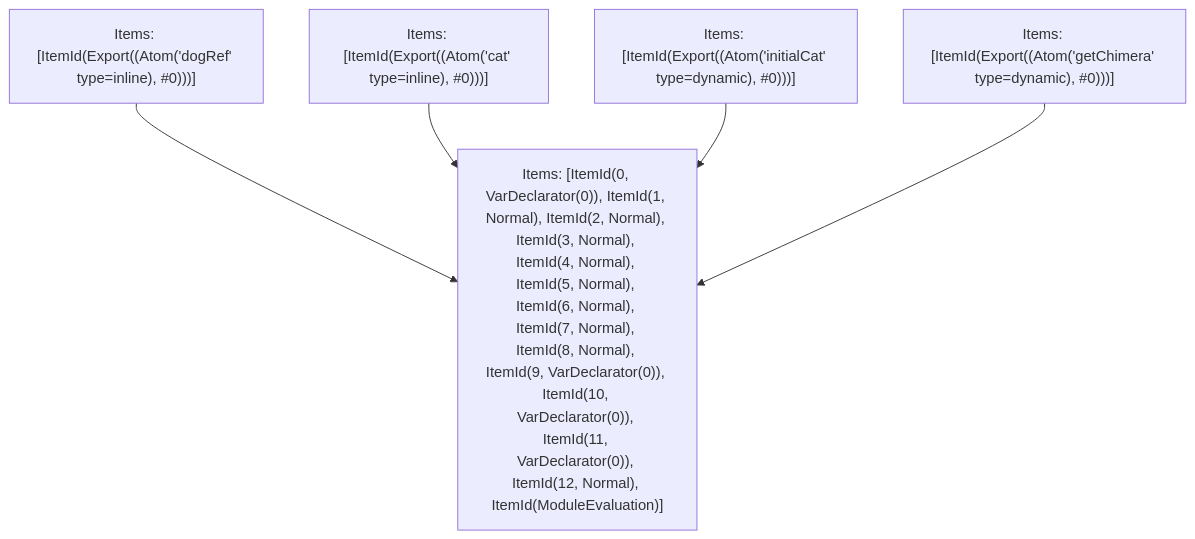
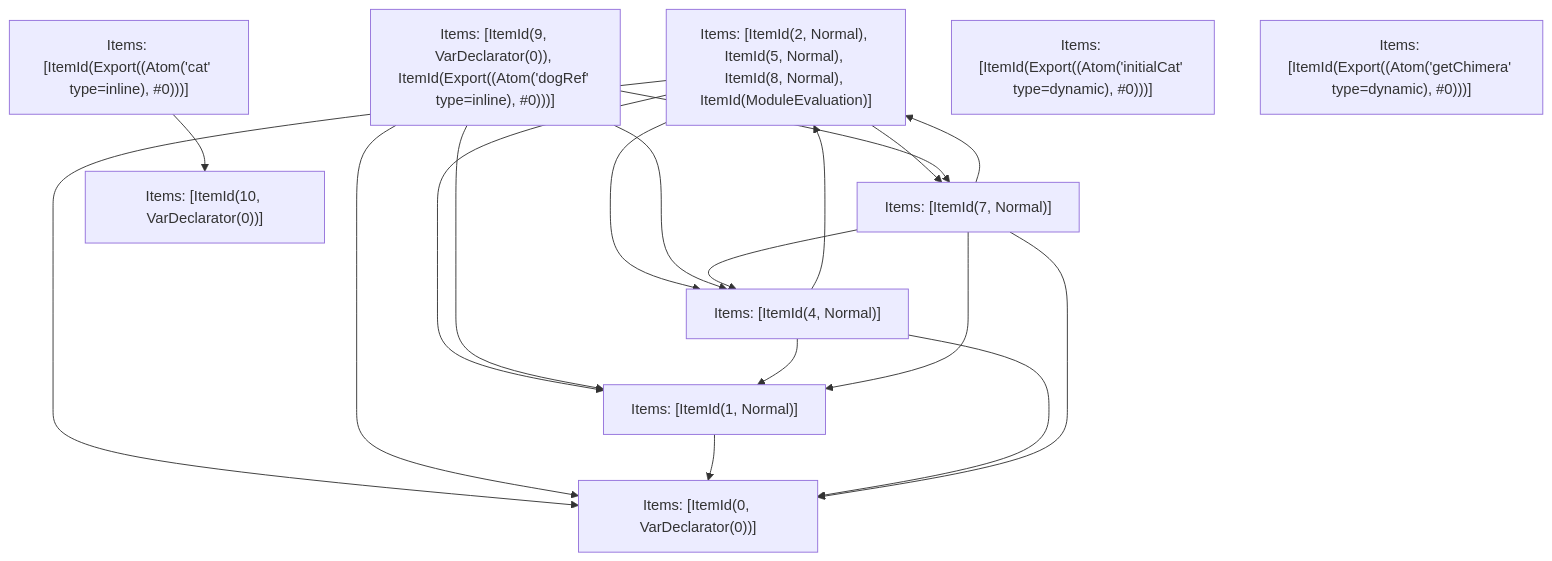
Before and after one commit to vercel/turborepo: the fifth of 5 diagrams in crates/turbopack-ecmascript/tests/tree-shaker/analyzer/complex/output.md, drawn with Mermaid. The commit also changed other lines of this file and 3 other files, not shown here.

````diff
--- a/crates/turbopack-ecmascript/tests/tree-shaker/analyzer/complex/output.md
+++ b/crates/turbopack-ecmascript/tests/tree-shaker/analyzer/complex/output.md
@@ -383,12 +373,30 @@
 ```mermaid
 graph TD
-    N0["Items: [ItemId(0, VarDeclarator(0)), ItemId(1, Normal), ItemId(2, Normal), ItemId(3, Normal), ItemId(4, Normal), ItemId(5, Normal), ItemId(6, Normal), ItemId(7, Normal), ItemId(8, Normal), ItemId(9, VarDeclarator(0)), ItemId(10, VarDeclarator(0)), ItemId(11, VarDeclarator(0)), ItemId(12, Normal), ItemId(ModuleEvaluation)]"];
-    N1["Items: [ItemId(Export((Atom('dogRef' type=inline), #0)))]"];
+    N0["Items: [ItemId(2, Normal), ItemId(5, Normal), ItemId(8, Normal), ItemId(ModuleEvaluation)]"];
+    N1["Items: [ItemId(9, VarDeclarator(0)), ItemId(Export((Atom('dogRef' type=inline), #0)))]"];
     N2["Items: [ItemId(Export((Atom('cat' type=inline), #0)))]"];
     N3["Items: [ItemId(Export((Atom('initialCat' type=dynamic), #0)))]"];
     N4["Items: [ItemId(Export((Atom('getChimera' type=dynamic), #0)))]"];
-    N1 --> N0;
-    N2 --> N0;
-    N3 --> N0;
-    N4 --> N0;
+    N5["Items: [ItemId(0, VarDeclarator(0))]"];
+    N6["Items: [ItemId(1, Normal)]"];
+    N7["Items: [ItemId(4, Normal)]"];
+    N8["Items: [ItemId(7, Normal)]"];
+    N9["Items: [ItemId(10, VarDeclarator(0))]"];
+    N0 --> N5;
+    N0 --> N6;
+    N0 --> N7;
+    N0 --> N8;
+    N1 --> N5;
+    N1 --> N6;
+    N1 --> N7;
+    N1 --> N8;
+    N2 --> N9;
+    N6 --> N5;
+    N7 --> N5;
+    N7 --> N6;
+    N7 --> N0;
+    N8 --> N5;
+    N8 --> N6;
+    N8 --> N7;
+    N8 --> N0;
 ```
````
